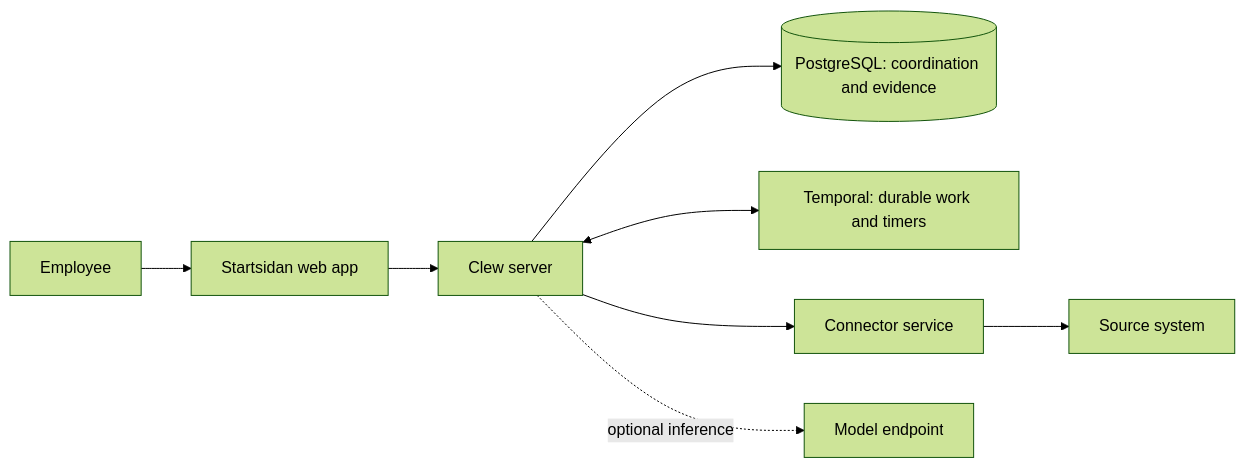
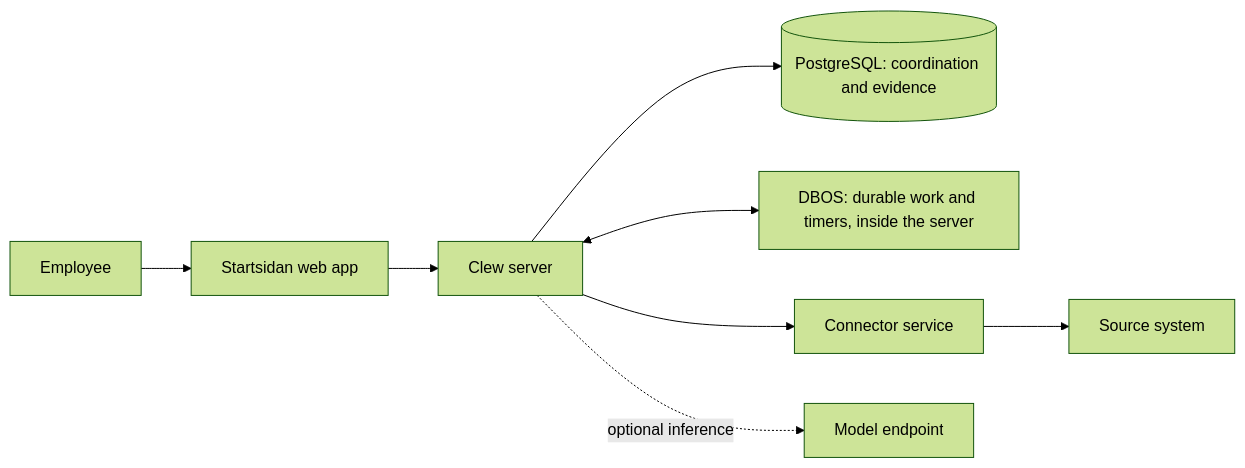
The diagram in README.md (etori-ai/clew), drawn with Mermaid (forest theme) before and after one commit. The commit also changed other lines of this file and 64 other files, not shown here.

````diff
--- a/README.md
+++ b/README.md
@@ -11,10 +11,10 @@
 ```mermaid
 flowchart LR
   Person[Employee] --> Web[Startsidan web app]
   Web --> Server[Clew server]
   Server --> DB[(PostgreSQL: coordination and evidence)]
-  Server <--> Temporal[Temporal: durable work and timers]
+  Server <--> Engine[DBOS: durable work and timers, inside the server]
   Server --> Connector[Connector service]
   Connector --> Source[Source system]
   Server -. optional inference .-> Model[Model endpoint]
 ```
````
